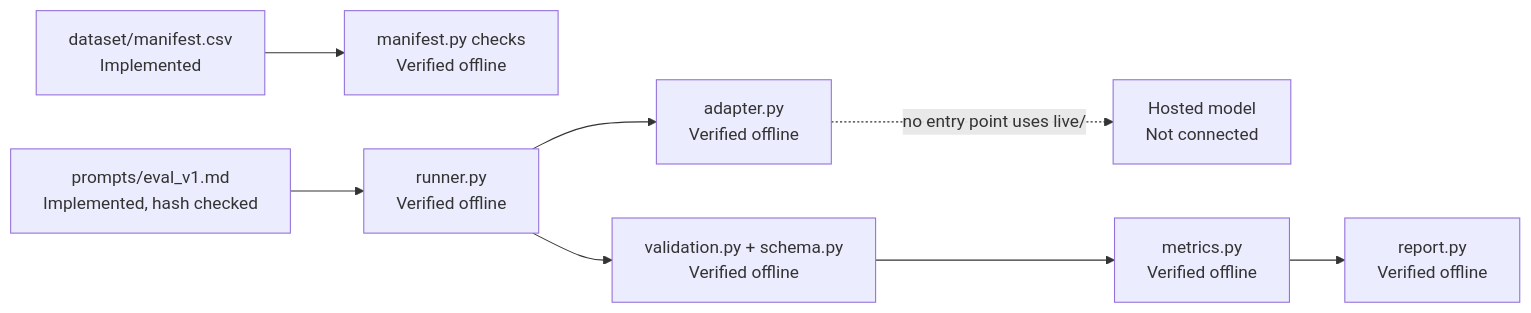
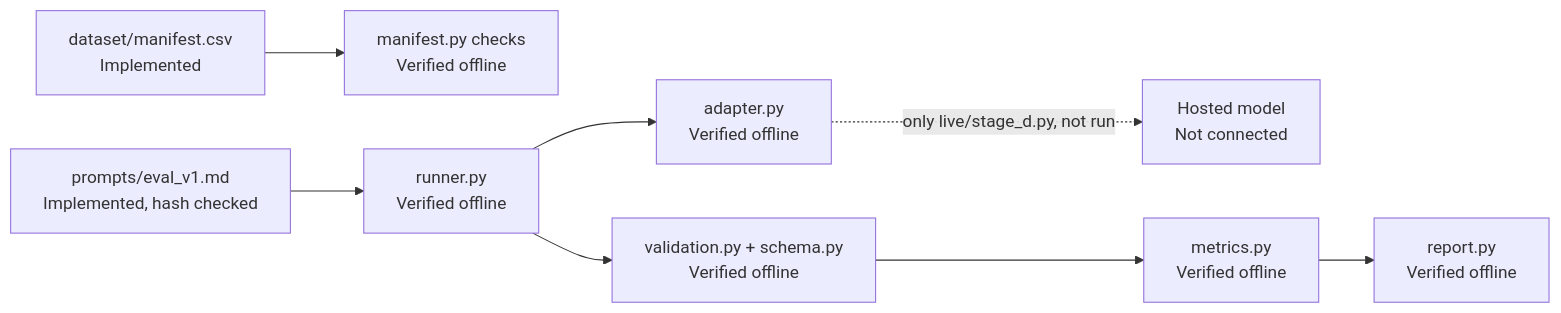
One commit to susmitaPersonal/PALEON changed the second of 4 diagrams in docs/SYSTEM_ARCHITECTURE.md. Above: the diagram before and after it, drawn with Mermaid. The commit also changed other lines of this file and 15 other files, not shown here.

````diff
--- a/docs/SYSTEM_ARCHITECTURE.md
+++ b/docs/SYSTEM_ARCHITECTURE.md
@@ -45,10 +45,10 @@
 ```mermaid
 flowchart LR
     Manifest["dataset/manifest.csv<br/>Implemented"] --> Check["manifest.py checks<br/>Verified offline"]
     Prompt["prompts/eval_v1.md<br/>Implemented, hash checked"] --> Runner["runner.py<br/>Verified offline"]
     Runner --> Adapter["adapter.py<br/>Verified offline"]
-    Adapter -.->|"no entry point uses live/"| Provider["Hosted model<br/>Not connected"]
+    Adapter -.->|"only live/stage_d.py, not run"| Provider["Hosted model<br/>Not connected"]
     Runner --> Validate["validation.py + schema.py<br/>Verified offline"]
     Validate --> Metrics["metrics.py<br/>Verified offline"]
     Metrics --> Report["report.py<br/>Verified offline"]
 ```
````
